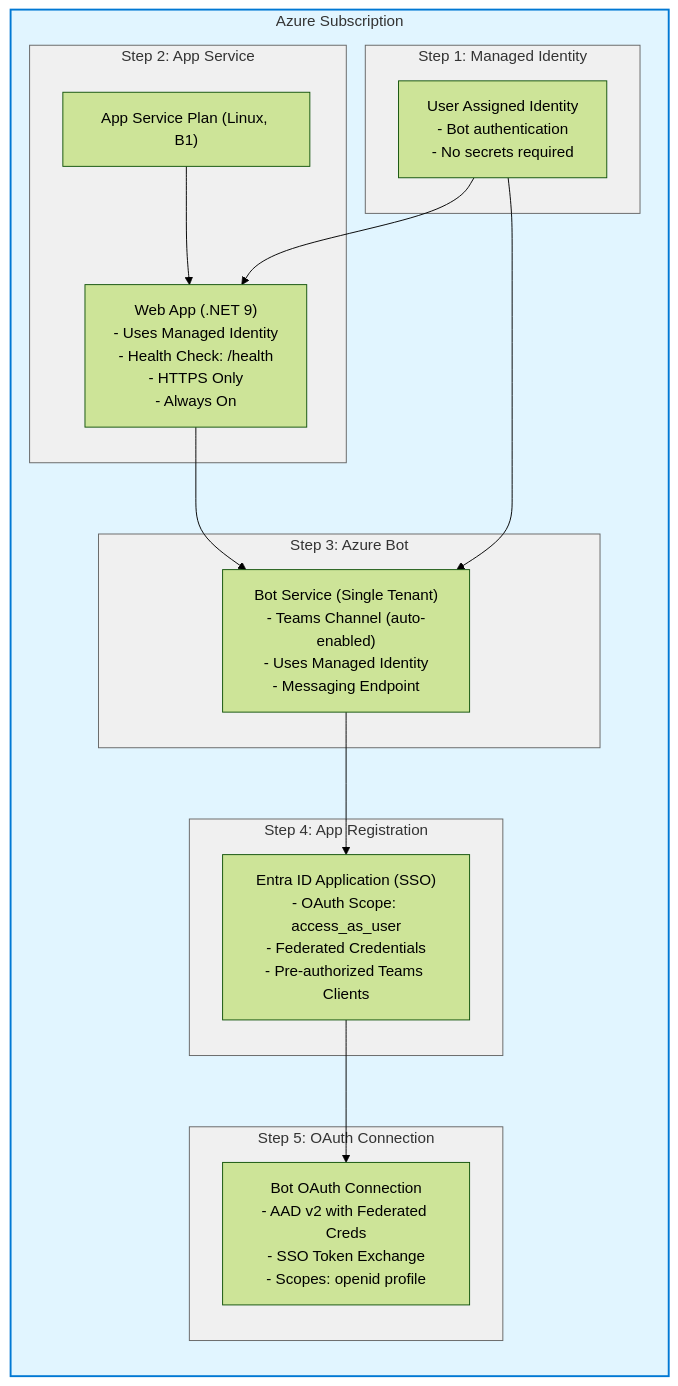
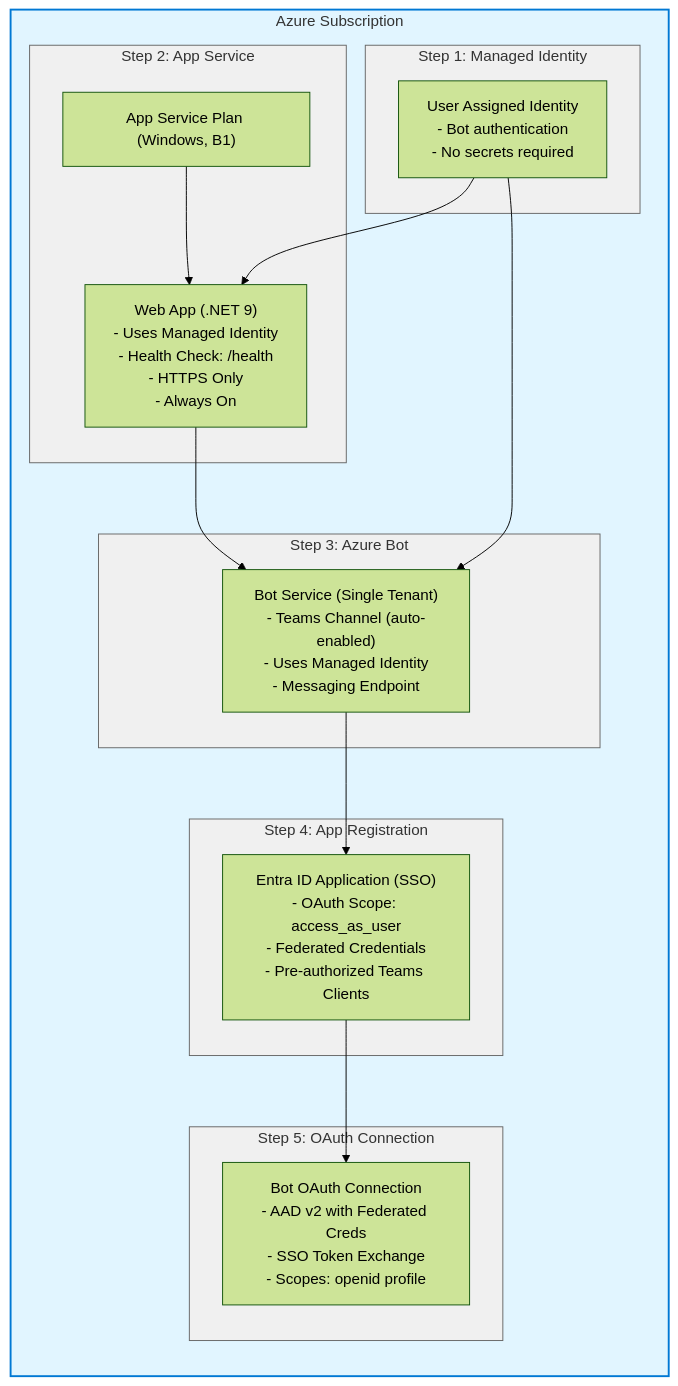
The diagram in M365Agent/AZURE_DEPLOYMENT.md (ericsche/ProxyAgent-CSharp), drawn with Mermaid (forest theme) before and after one commit. The commit also changed other lines of this file, not shown here.

Commit message:
Quick fix on windows doc

````diff
--- a/M365Agent/AZURE_DEPLOYMENT.md
+++ b/M365Agent/AZURE_DEPLOYMENT.md
@@ -59,41 +59,41 @@
 ```mermaid
 graph TB
     subgraph Azure["Azure Subscription"]
         direction TB
         
         subgraph Step1["Step 1: Managed Identity"]
             Identity["User Assigned Identity<br/>- Bot authentication<br/>- No secrets required"]
         end
         
         subgraph Step2["Step 2: App Service"]
-            AppServicePlan["App Service Plan (Linux, B1)"]
+            AppServicePlan["App Service Plan (Windows, B1)"]
             WebApp["Web App (.NET 9)<br/>- Uses Managed Identity<br/>- Health Check: /health<br/>- HTTPS Only<br/>- Always On"]
             AppServicePlan --> WebApp
         end
         
         subgraph Step3["Step 3: Azure Bot"]
             BotService["Bot Service (Single Tenant)<br/>- Teams Channel (auto-enabled)<br/>- Uses Managed Identity<br/>- Messaging Endpoint"]
         end
         
         subgraph Step4["Step 4: App Registration"]
             SSOApp["Entra ID Application (SSO)<br/>- OAuth Scope: access_as_user<br/>- Federated Credentials<br/>- Pre-authorized Teams Clients"]
         end
         
         subgraph Step5["Step 5: OAuth Connection"]
             OAuth["Bot OAuth Connection<br/>- AAD v2 with Federated Creds<br/>- SSO Token Exchange<br/>- Scopes: openid profile"]
         end
         
         Identity --> WebApp
         Identity --> BotService
         WebApp --> BotService
         BotService --> SSOApp
         SSOApp --> OAuth
     end
     
     style Azure fill:#e1f5ff,stroke:#0078d4,stroke-width:2px
     style Step1 fill:#f0f0f0,stroke:#666,stroke-width:1px
     style Step2 fill:#f0f0f0,stroke:#666,stroke-width:1px
     style Step3 fill:#f0f0f0,stroke:#666,stroke-width:1px
     style Step4 fill:#f0f0f0,stroke:#666,stroke-width:1px
     style Step5 fill:#f0f0f0,stroke:#666,stroke-width:1px
 ```
````
